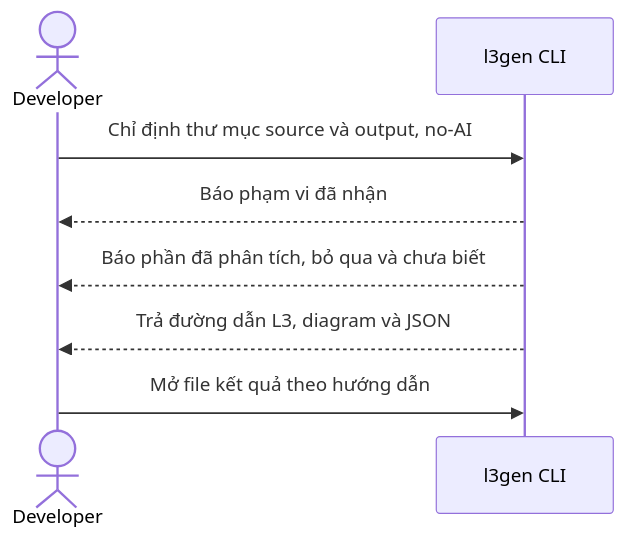
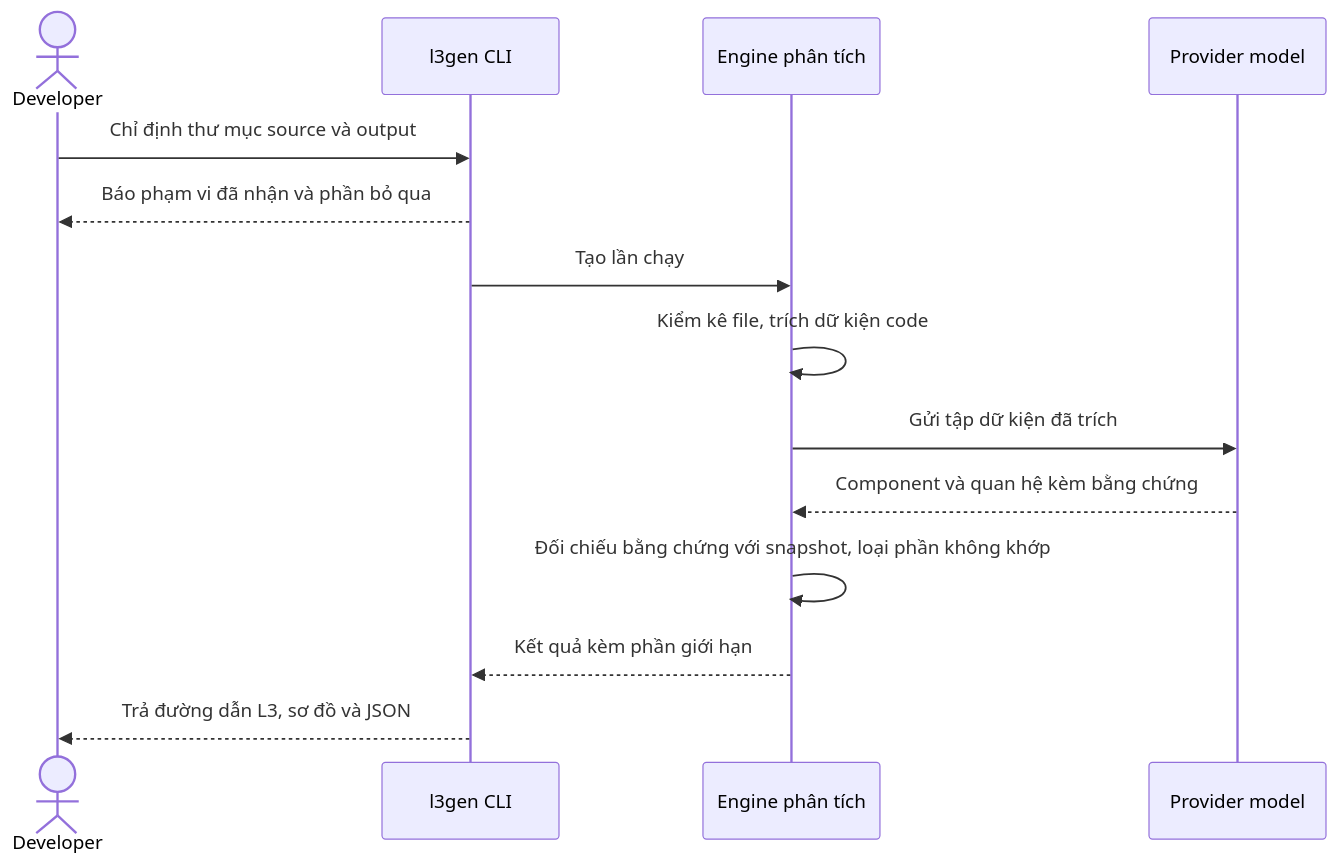
One commit to nchoang1004/l3-generator-fr029 changed the second of 3 diagrams in .aide/product/prd/PRD-L3GEN-2609-001.md. Above: the diagram before and after it, drawn with Mermaid. The commit also changed other lines of this file, not shown here.

First line of the commit message:
prd: viết lại mục I đến IX cho revision 24

````diff
--- a/.aide/product/prd/PRD-L3GEN-2609-001.md
+++ b/.aide/product/prd/PRD-L3GEN-2609-001.md
@@ -341,10 +283,16 @@
 ```mermaid
 sequenceDiagram
     actor Dev as Developer
     participant CLI as l3gen CLI
-    Dev->>CLI: Chỉ định thư mục source và output, no-AI
-    CLI-->>Dev: Báo phạm vi đã nhận
-    CLI-->>Dev: Báo phần đã phân tích, bỏ qua và chưa biết
-    CLI-->>Dev: Trả đường dẫn L3, diagram và JSON
-    Dev->>CLI: Mở file kết quả theo hướng dẫn
+    participant Engine as Engine phân tích
+    participant Model as Provider model
+    Dev->>CLI: Chỉ định thư mục source và output
+    CLI-->>Dev: Báo phạm vi đã nhận và phần bỏ qua
+    CLI->>Engine: Tạo lần chạy
+    Engine->>Engine: Kiểm kê file, trích dữ kiện code
+    Engine->>Model: Gửi tập dữ kiện đã trích
+    Model-->>Engine: Component và quan hệ kèm bằng chứng
+    Engine->>Engine: Đối chiếu bằng chứng với snapshot, loại phần không khớp
+    Engine-->>CLI: Kết quả kèm phần giới hạn
+    CLI-->>Dev: Trả đường dẫn L3, sơ đồ và JSON
 ```
````
